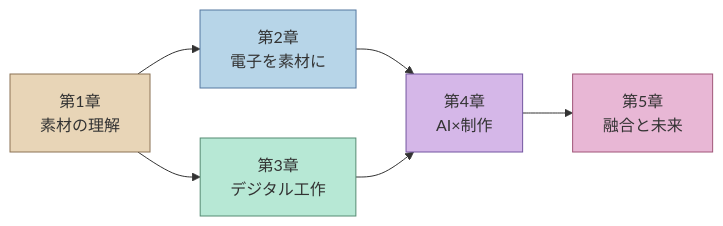
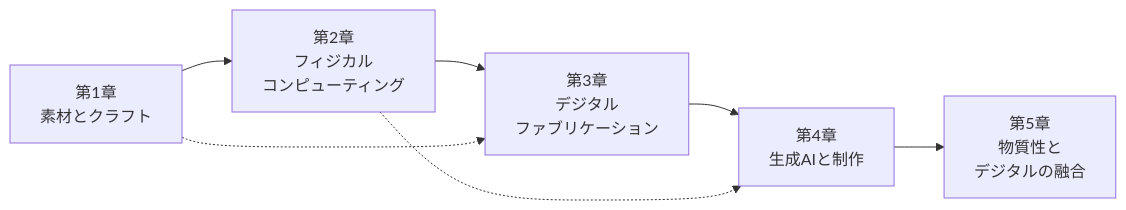
One commit to Hide-nu/Designer-curriculum changed the second of 2 diagrams in docs/books/04-critical-making/index.md. Above: the diagram before and after it, drawn with Mermaid. The commit also changed other lines of this file and 13 other files, not shown here.

````diff
--- a/docs/books/04-critical-making/index.md
+++ b/docs/books/04-critical-making/index.md
@@ -83,14 +65,10 @@
 ```mermaid
 graph LR
-    A[第1章<br>素材の理解] --> B[第2章<br>電子を素材に]
-    A --> C[第3章<br>デジタル工作]
-    B --> D[第4章<br>AI×制作]
-    C --> D
-    D --> E[第5章<br>融合と未来]
+    CH1[第1章<br/>素材とクラフト] --> CH2[第2章<br/>フィジカル<br/>コンピューティング]
+    CH2 --> CH3[第3章<br/>デジタル<br/>ファブリケーション]
+    CH3 --> CH4[第4章<br/>生成AIと制作]
+    CH4 --> CH5[第5章<br/>物質性と<br/>デジタルの融合]
 
-    style A fill:#e8d5b7,stroke:#8b7355
-    style B fill:#b7d5e8,stroke:#5578a0
-    style C fill:#b7e8d5,stroke:#558b73
-    style D fill:#d5b7e8,stroke:#7355a0
-    style E fill:#e8b7d5,stroke:#a05578
+    CH1 -.-> CH3
+    CH2 -.-> CH4
 ```
````
